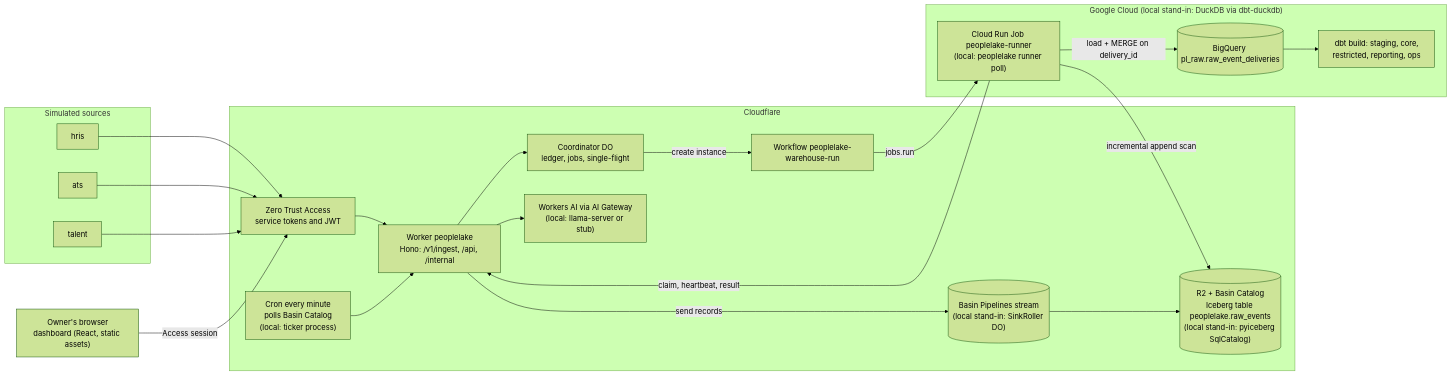
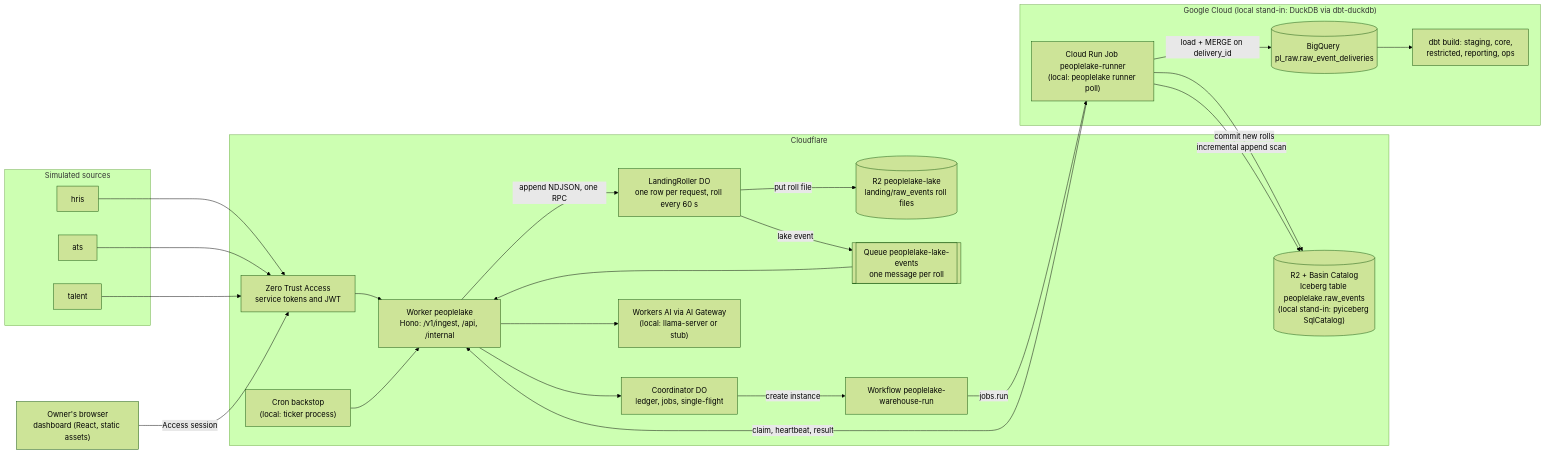
Before and after one commit to nitishsjsucs/peoplelake: the diagram in README.md, drawn with Mermaid (forest theme). The commit also changed other lines of this file and 40 other files, not shown here.

First line of the commit message:
feat(lake): LandingRoller lands accepted records in R2 in both environments; drop Basin Pipelines

````diff
--- a/README.md
+++ b/README.md
@@ -36,40 +36,45 @@
 ```mermaid
 flowchart LR
   subgraph Sources["Simulated sources"]
     H["hris"]
     A["ats"]
     T["talent"]
   end
   O["Owner's browser<br/>dashboard (React, static assets)"]
   subgraph CF["Cloudflare"]
     ACC["Zero Trust Access<br/>service tokens and JWT"]
     W["Worker peoplelake<br/>Hono: /v1/ingest, /api, /internal"]
-    S[("Basin Pipelines stream<br/>(local stand-in: SinkRoller DO)")]
+    S["LandingRoller DO<br/>one row per request, roll every 60 s"]
+    LB[("R2 peoplelake-lake<br/>landing/raw_events roll files")]
+    Q[["Queue peoplelake-lake-events<br/>one message per roll"]]
     L[("R2 + Basin Catalog<br/>Iceberg table peoplelake.raw_events<br/>(local stand-in: pyiceberg SqlCatalog)")]
     C["Coordinator DO<br/>ledger, jobs, single-flight"]
     WF["Workflow peoplelake-warehouse-run"]
     AI["Workers AI via AI Gateway<br/>(local: llama-server or stub)"]
-    CRON["Cron every minute<br/>polls Basin Catalog<br/>(local: ticker process)"]
+    CRON["Cron backstop<br/>(local: ticker process)"]
   end
   subgraph GCP["Google Cloud (local stand-in: DuckDB via dbt-duckdb)"]
     CR["Cloud Run Job peoplelake-runner<br/>(local: peoplelake runner poll)"]
     RAW[("BigQuery pl_raw.raw_event_deliveries")]
     DBT["dbt build: staging, core,<br/>restricted, reporting, ops"]
   end
   H --> ACC
   A --> ACC
   T --> ACC
   O -->|"Access session"| ACC
   ACC --> W
-  W -->|send records| S
-  S --> L
+  W -->|append NDJSON, one RPC| S
+  S -->|put roll file| LB
+  S -->|lake event| Q
+  Q --> W
   CRON --> W
   W --> C
   C -->|create instance| WF
   WF -->|jobs.run| CR
   CR -->|claim, heartbeat, result| W
+  CR -->|commit new rolls| L
   CR -->|incremental append scan| L
   CR -->|load + MERGE on delivery_id| RAW
   RAW --> DBT
   W --> AI
 ```
````
